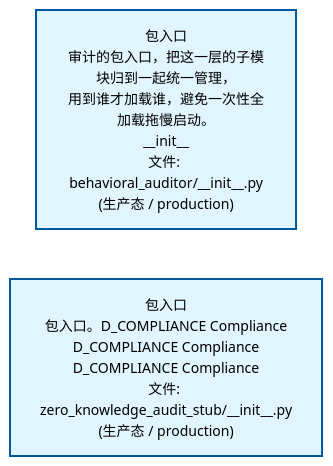
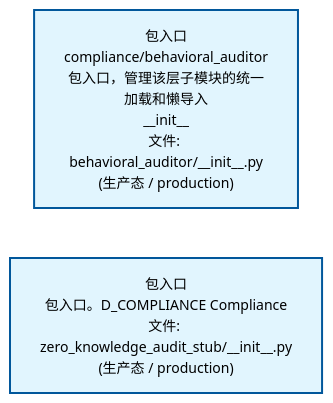
One commit to xuanFelixVan/ZephyrAlpha changed the second of 4 diagrams in docs/02_enterprise_architecture/02_domain_architecture_docs/38_d_compliance.md. Above: the diagram before and after it, drawn with Mermaid. The commit also changed other lines of this file and 60 other files, not shown here.

````diff
--- a/docs/02_enterprise_architecture/02_domain_architecture_docs/38_d_compliance.md
+++ b/docs/02_enterprise_architecture/02_domain_architecture_docs/38_d_compliance.md
@@ -92,12 +92,12 @@
 ```mermaid
 %%{init: {'theme': 'base', 'themeVariables': {'primaryColor': '#eaeaea', 'primaryTextColor': '#333333', 'primaryBorderColor': '#666666', 'lineColor': '#666666', 'secondaryColor': '#eaeaea', 'tertiaryColor': '#eaeaea', 'fontSize': '14px'}}}%%
 flowchart TD
-    src_zephyr_compliance_behavioral_auditor_init_py["包入口<br/>审计的包入口，把这一层的子模块归到一起统一管理，<br/>用到谁才加载谁，避免一次性全加载拖慢启动。<br/>__init__<br/>文件: behavioral_auditor/__init__.py<br/>(生产态 / production)"]
-    src_zephyr_compliance_zero_knowledge_audit_stub_init_py["包入口<br/>包入口。D_COMPLIANCE Compliance<br/>D_COMPLIANCE Compliance<br/>D_COMPLIANCE Compliance<br/>文件: zero_knowledge_audit_stub/__init__.py<br/>(生产态 / production)"]
+    src_zephyr_compliance_behavioral_auditor_init_py["包入口<br/>compliance/behavioral_auditor<br/>包入口，管理该层子模块的统一加载和懒导入<br/>__init__<br/>文件: behavioral_auditor/__init__.py<br/>(生产态 / production)"]
+    src_zephyr_compliance_zero_knowledge_audit_stub_init_py["包入口<br/>包入口。D_COMPLIANCE Compliance<br/>文件: zero_knowledge_audit_stub/__init__.py<br/>(生产态 / production)"]
     src_zephyr_compliance_behavioral_auditor_init_py ~~~ src_zephyr_compliance_zero_knowledge_audit_stub_init_py
     classDef production fill:#e1f5fe,stroke:#01579b,stroke-width:2px,color:#000
     classDef design fill:#fff3e0,stroke:#e65100,stroke-width:2px,color:#000,stroke-dasharray: 5 5
     classDef external_prod fill:#e8f4fd,stroke:#0277bd,stroke-width:1px,color:#000
     classDef external_design fill:#fff8e7,stroke:#ef6c00,stroke-width:1px,color:#000,stroke-dasharray: 5 5
     class src_zephyr_compliance_behavioral_auditor_init_py,src_zephyr_compliance_zero_knowledge_audit_stub_init_py production
 ```
````
